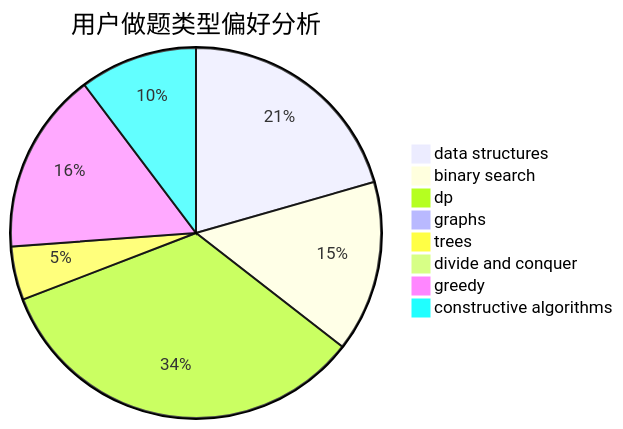
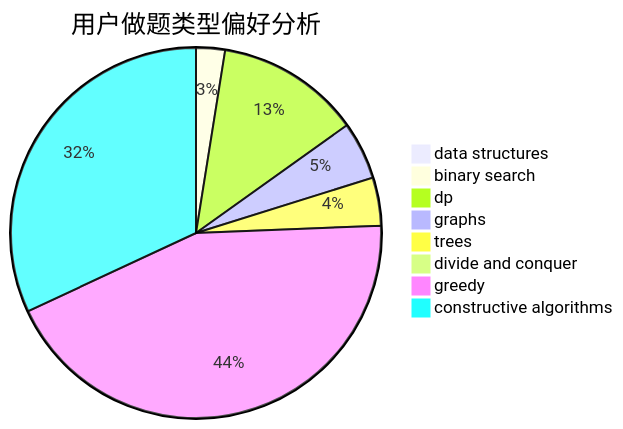
One commit to sherpahu/cfrs.github.io changed the second of 3 diagrams in docs/user/u679.md. Above: the diagram before and after it, drawn with Mermaid. The commit also changed other lines of this file and 2770 other files, not shown here.

````diff
--- a/docs/user/u679.md
+++ b/docs/user/u679.md
@@ -23,11 +23,11 @@
 ```mermaid
 pie title 用户做题类型偏好分析
-    "data structures" :  22
-    "binary search" :  16
-    "dp" :  36
-    "graphs" :  0
+    "data structures" :  0
+    "binary search" :  3
+    "dp" :  15
+    "graphs" :  6
     "trees" :  5
     "divide and conquer" :  0
-    "greedy" :  17
-    "constructive algorithms" :  11
+    "greedy" :  52
+    "constructive algorithms" :  38
 ```
````
